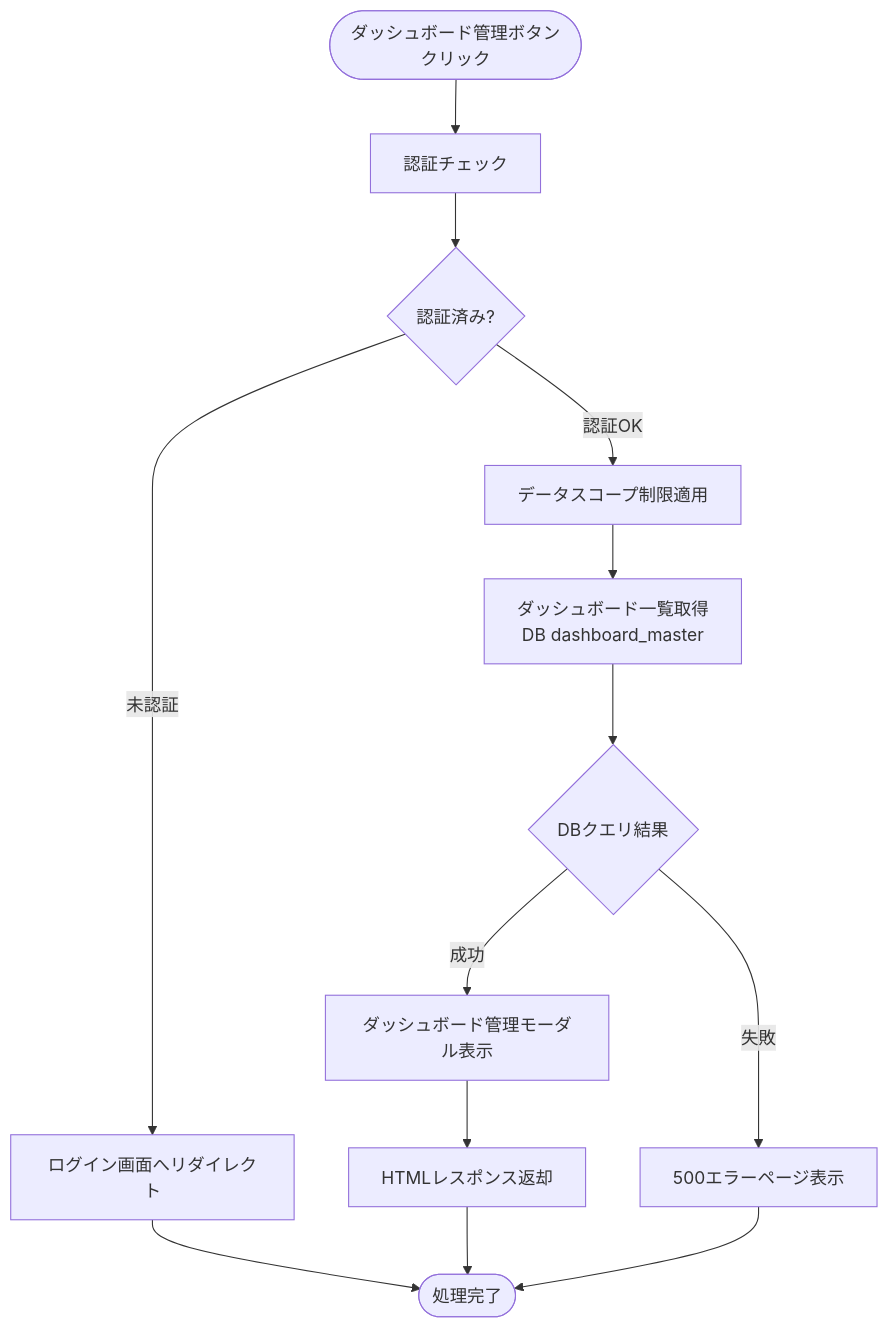
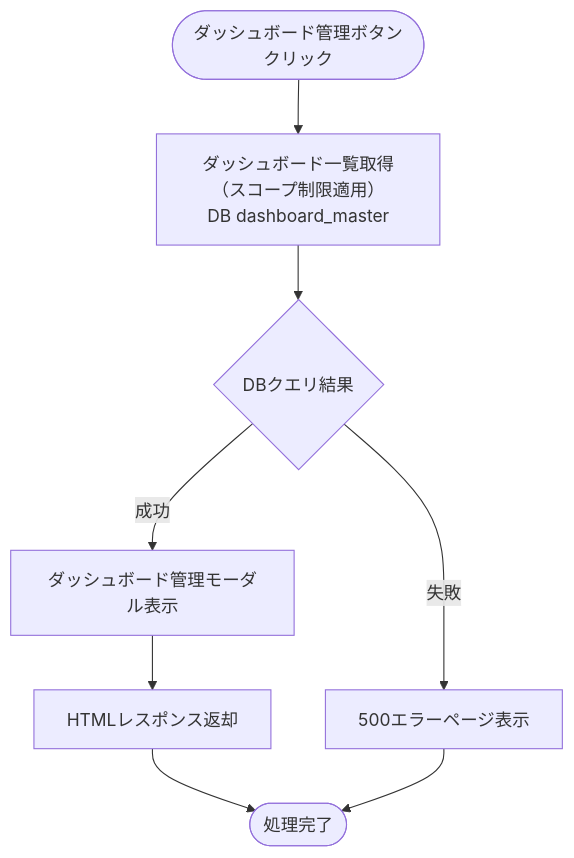
The second of 17 diagrams in docs/03-features/flask-app/customer-dashboard/common/workflow-specification.md (NSW-SVCP-AIWG002/Databricks-IoT), drawn with Mermaid before and after one commit. The commit also changed other lines of this file and 3 other files, not shown here.

````diff
--- a/docs/03-features/flask-app/customer-dashboard/common/workflow-specification.md
+++ b/docs/03-features/flask-app/customer-dashboard/common/workflow-specification.md
@@ -631,17 +842,12 @@
 ```mermaid
 flowchart TD
-    Start([ダッシュボード管理ボタンクリック]) --> Auth[認証チェック]
-    Auth --> CheckAuth{認証済み?}
-    CheckAuth -->|未認証| LoginRedirect[ログイン画面へリダイレクト]
-
-    CheckAuth -->|認証OK| Scope[データスコープ制限適用]
-    Scope --> DashboardQuery[ダッシュボード一覧取得<br>DB dashboard_master]
+    Start([ダッシュボード管理ボタンクリック]) --> DashboardQuery[ダッシュボード一覧取得（スコープ制限適用）<br>DB dashboard_master]
     DashboardQuery --> CheckQuery{DBクエリ結果}
     CheckQuery -->|成功| Template[ダッシュボード管理モーダル表示]
     CheckQuery -->|失敗| Error500[500エラーページ表示]
+
     Template --> Response[HTMLレスポンス返却]
 
-    LoginRedirect --> End([処理完了])
-    Response --> End
+    Response --> End([処理完了])
     Error500 --> End
 ```
````
